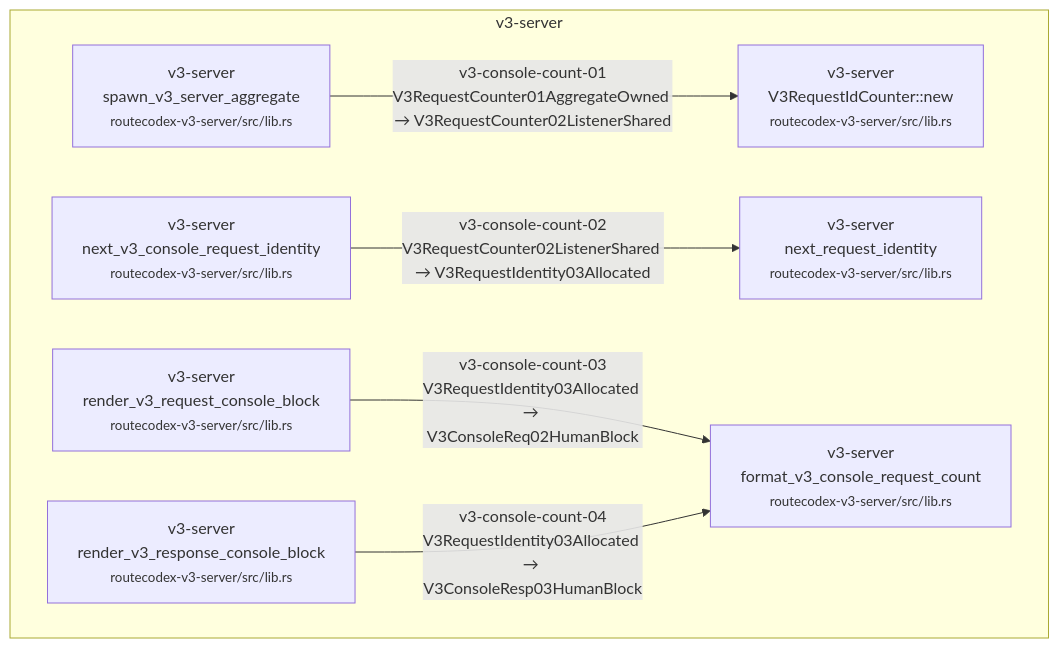
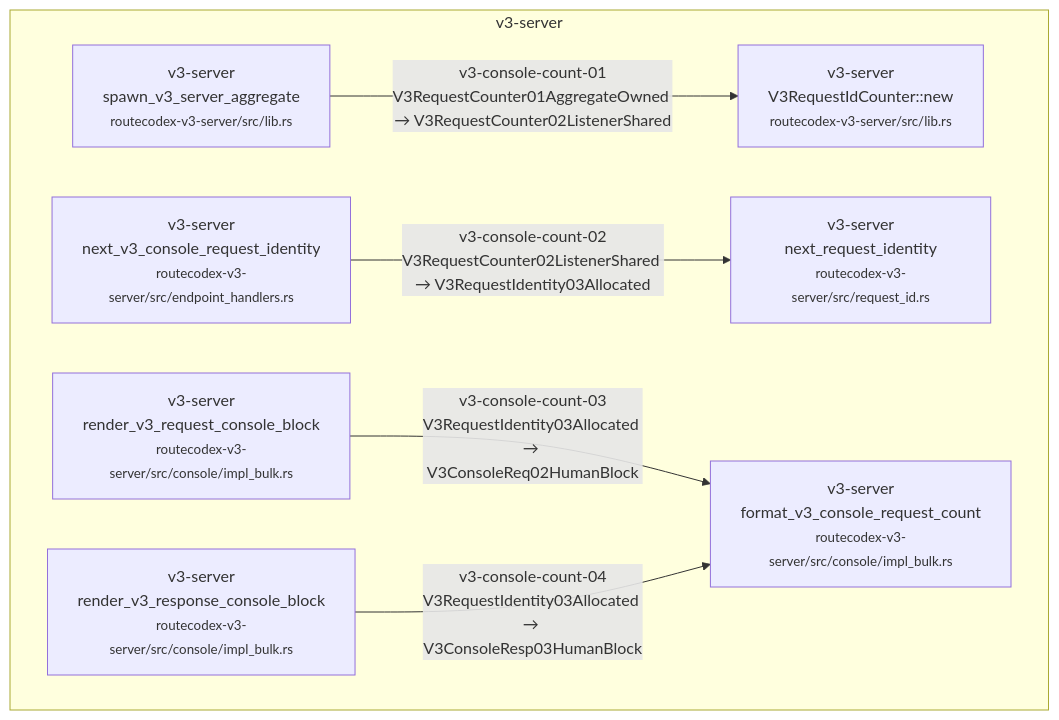
Diagram 49 of 58 in docs/architecture/wiki/v3-mainline-caller-flow.md (Jasonzhangf/routecodex), drawn with Mermaid before and after one commit. The commit also changed other lines of this file and 15 other files, not shown here.

````diff
--- a/docs/architecture/wiki/v3-mainline-caller-flow.md
+++ b/docs/architecture/wiki/v3-mainline-caller-flow.md
@@ -1951,16 +1951,16 @@
 ```mermaid
 flowchart TD
   subgraph c_47_v3_console_request_count_visibility_mainline_m_v3_server["v3-server"]
     c_47_v3_console_request_count_visibility_mainline_0["v3-server<br/>spawn_v3_server_aggregate<br/><small>routecodex-v3-server/src/lib.rs</small>"]
     c_47_v3_console_request_count_visibility_mainline_1["v3-server<br/>V3RequestIdCounter::new<br/><small>routecodex-v3-server/src/lib.rs</small>"]
-    c_47_v3_console_request_count_visibility_mainline_2["v3-server<br/>next_v3_console_request_identity<br/><small>routecodex-v3-server/src/lib.rs</small>"]
-    c_47_v3_console_request_count_visibility_mainline_3["v3-server<br/>next_request_identity<br/><small>routecodex-v3-server/src/lib.rs</small>"]
-    c_47_v3_console_request_count_visibility_mainline_4["v3-server<br/>render_v3_request_console_block<br/><small>routecodex-v3-server/src/lib.rs</small>"]
-    c_47_v3_console_request_count_visibility_mainline_5["v3-server<br/>format_v3_console_request_count<br/><small>routecodex-v3-server/src/lib.rs</small>"]
-    c_47_v3_console_request_count_visibility_mainline_6["v3-server<br/>render_v3_response_console_block<br/><small>routecodex-v3-server/src/lib.rs</small>"]
+    c_47_v3_console_request_count_visibility_mainline_2["v3-server<br/>next_v3_console_request_identity<br/><small>routecodex-v3-server/src/endpoint_handlers.rs</small>"]
+    c_47_v3_console_request_count_visibility_mainline_3["v3-server<br/>next_request_identity<br/><small>routecodex-v3-server/src/request_id.rs</small>"]
+    c_47_v3_console_request_count_visibility_mainline_4["v3-server<br/>render_v3_request_console_block<br/><small>routecodex-v3-server/src/console/impl_bulk.rs</small>"]
+    c_47_v3_console_request_count_visibility_mainline_5["v3-server<br/>format_v3_console_request_count<br/><small>routecodex-v3-server/src/console/impl_bulk.rs</small>"]
+    c_47_v3_console_request_count_visibility_mainline_6["v3-server<br/>render_v3_response_console_block<br/><small>routecodex-v3-server/src/console/impl_bulk.rs</small>"]
   end
   c_47_v3_console_request_count_visibility_mainline_0 -->|v3-console-count-01<br/>V3RequestCounter01AggregateOwned → V3RequestCounter02ListenerShared| c_47_v3_console_request_count_visibility_mainline_1
   c_47_v3_console_request_count_visibility_mainline_2 -->|v3-console-count-02<br/>V3RequestCounter02ListenerShared → V3RequestIdentity03Allocated| c_47_v3_console_request_count_visibility_mainline_3
   c_47_v3_console_request_count_visibility_mainline_4 -->|v3-console-count-03<br/>V3RequestIdentity03Allocated → V3ConsoleReq02HumanBlock| c_47_v3_console_request_count_visibility_mainline_5
   c_47_v3_console_request_count_visibility_mainline_6 -->|v3-console-count-04<br/>V3RequestIdentity03Allocated → V3ConsoleResp03HumanBlock| c_47_v3_console_request_count_visibility_mainline_5
 ```
````
